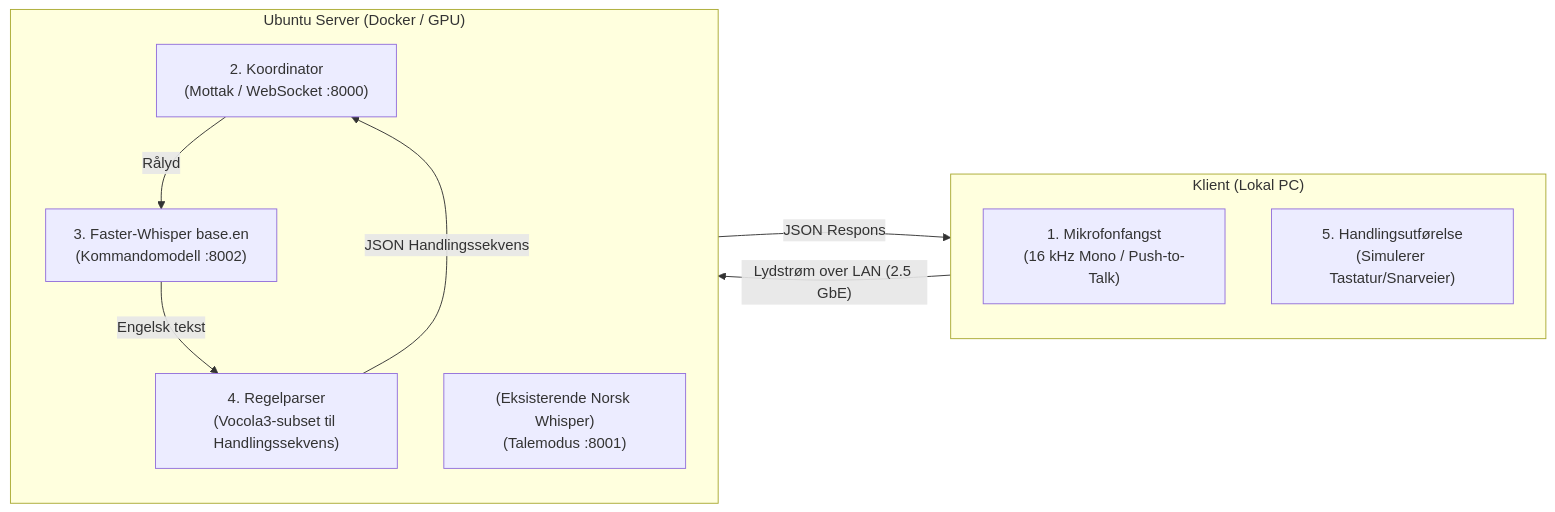
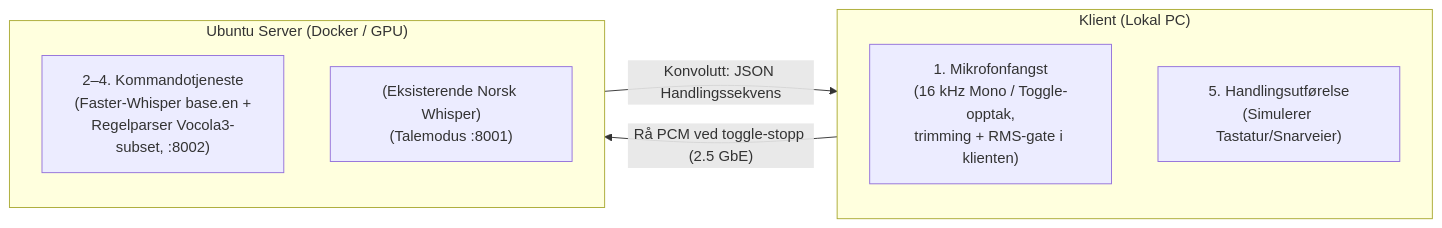
The diagram in Talegjenkjenning med Vocola 2.md (craftsmandigital/vocola-reunion), drawn with Mermaid before and after one commit. The commit also changed other lines of this file and 21 other files, not shown here.

````diff
--- a/Talegjenkjenning med Vocola 2.md
+++ b/Talegjenkjenning med Vocola 2.md
@@ -41,22 +41,17 @@
 ```mermaid
 flowchart LR
     subgraph Client ["Klient (Lokal PC)"]
         direction TB
-        MIC["1. Mikrofonfangst\n(16 kHz Mono / Push-to-Talk)"]
+        MIC["1. Mikrofonfangst\n(16 kHz Mono / Toggle-opptak,\ntrimming + RMS-gate i klienten)"]
         EXEC["5. Handlingsutførelse\n(Simulerer Tastatur/Snarveier)"]
     end
 
     subgraph Server ["Ubuntu Server (Docker / GPU)"]
         direction TB
-        COORD["2. Koordinator\n(Mottak / WebSocket :8000)"]
-        ASR_CMD["3. Faster-Whisper base.en\n(Kommandomodell :8002)"]
-        PARSER["4. Regelparser\n(Vocola3-subset til Handlingssekvens)"]
+        CMD_SVC["2–4. Kommandotjeneste\n(Faster-Whisper base.en +\nRegelparser Vocola3-subset, :8002)"]
         ASR_SPEECH["(Eksisterende Norsk Whisper)\n(Talemodus :8001)"]
     end
 
-    MIC -->|"Lydstrøm over LAN (2.5 GbE)"| COORD
-    COORD -->|"Rålyd"| ASR_CMD
-    ASR_CMD -->|"Engelsk tekst"| PARSER
-    PARSER -->|"JSON Handlingssekvens"| COORD
-    COORD -->|"JSON Respons"| EXEC
+    MIC -->|"Rå PCM ved toggle-stopp (2.5 GbE)"| CMD_SVC
+    CMD_SVC -->|"Konvolutt: JSON Handlingssekvens"| EXEC
 ```
````
